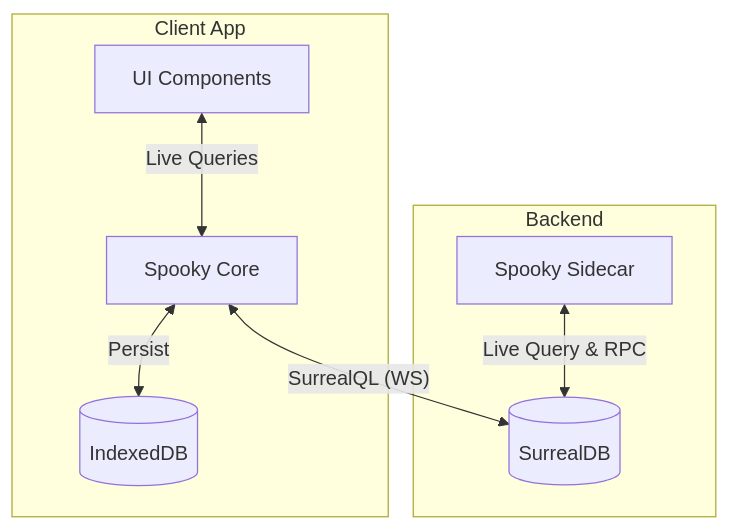
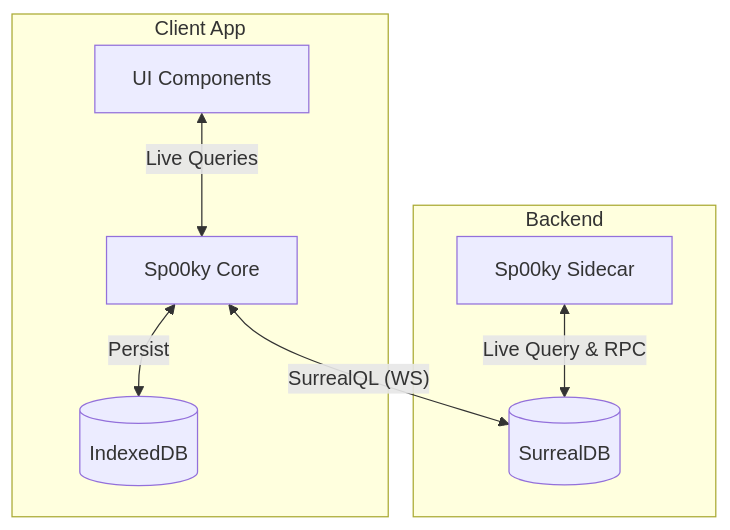
Before and after one commit to mono424/spooky: the first of 5 diagrams in apps/landing-page/src/pages/docs/architecture.mdx, drawn with Mermaid. The commit also changed other lines of this file and 198 other files, not shown here.

````diff
--- a/apps/landing-page/src/pages/docs/architecture.mdx
+++ b/apps/landing-page/src/pages/docs/architecture.mdx
@@ -18,19 +18,19 @@
 ```mermaid
 graph TD
     subgraph client_app [Client App]
         UI[UI Components]
         LocalDB[(IndexedDB)]
-        WASM[Spooky Core]
+        WASM[Sp00ky Core]
 
         UI <-->|Live Queries| WASM
         WASM <-->|Persist| LocalDB
     end
 
     subgraph backend_sys [Backend]
-        Sidecar[Spooky Sidecar]
+        Sidecar[Sp00ky Sidecar]
         DB[(SurrealDB)]
     end
 
     WASM <-->|"SurrealQL (WS)"| DB
     Sidecar <-->|"Live Query & RPC"| DB
 ```
````
